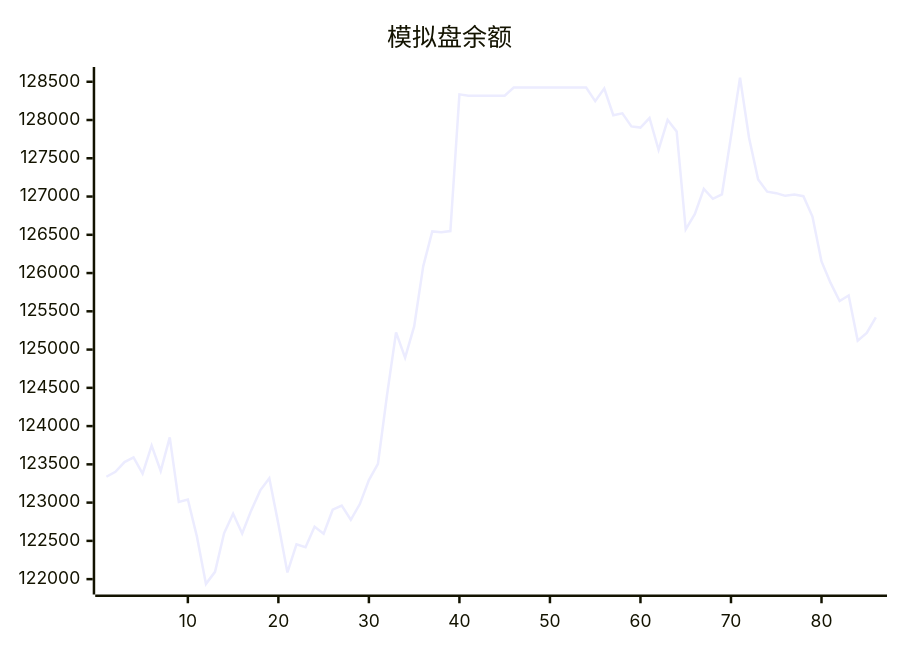
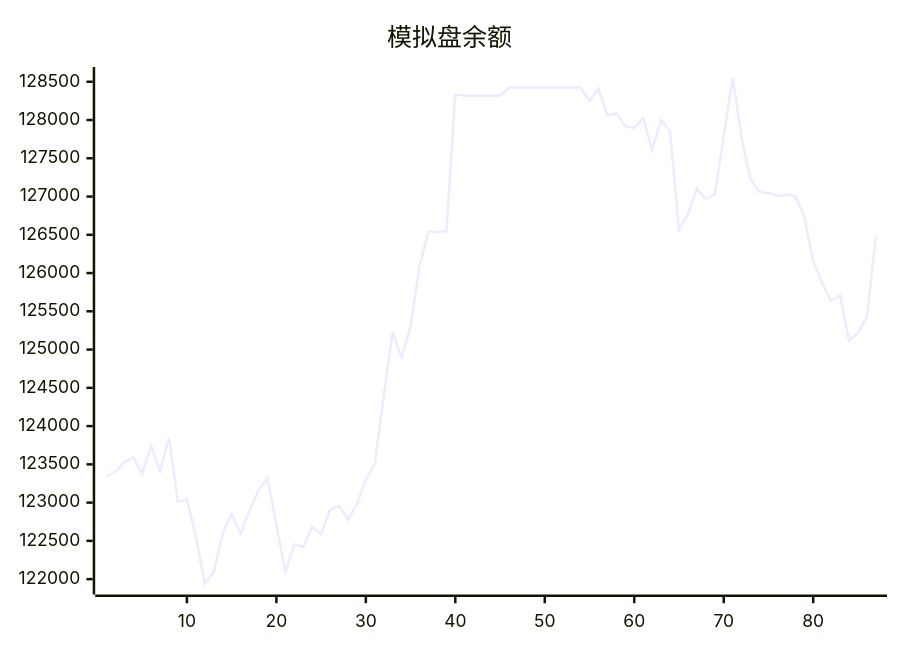
Before and after one commit to aahl/ai-trading: the diagram in README.md, drawn with Mermaid. The commit also changed other lines of this file and 1 other file, not shown here.

````diff
--- a/README.md
+++ b/README.md
@@ -5,5 +5,5 @@
 ```mermaid
 xychart
     title "模拟盘余额"
-    line [123338,123402,123530,123592,123378,123745,123413,123853,123009,123040,122557,121938,122095,122599,122856,122597,122898,123160,123319,122719,122087,122454,122416,122685,122592,122907,122961,122776,122981,123295,123507,124403,125224,124894,125303,126088,126544,126534,126549,128335,128318,128318,128318,128318,128318,128424,128424,128424,128424,128424,128424,128424,128424,128424,128247,128412,128062,128087,127917,127901,128026,127611,128000,127850,126572,126770,127100,126971,127029,127783,128554,127765,127224,127064,127044,127009,127025,127004,126738,126152,125871,125635,125707,125117,125217,125420]
+    line [123338,123402,123530,123592,123378,123745,123413,123853,123009,123040,122557,121938,122095,122599,122856,122597,122898,123160,123319,122719,122087,122454,122416,122685,122592,122907,122961,122776,122981,123295,123507,124403,125224,124894,125303,126088,126544,126534,126549,128335,128318,128318,128318,128318,128318,128424,128424,128424,128424,128424,128424,128424,128424,128424,128247,128412,128062,128087,127917,127901,128026,127611,128000,127850,126572,126770,127100,126971,127029,127783,128554,127765,127224,127064,127044,127009,127025,127004,126738,126152,125871,125635,125707,125117,125217,125420,126480]
 ```
````
